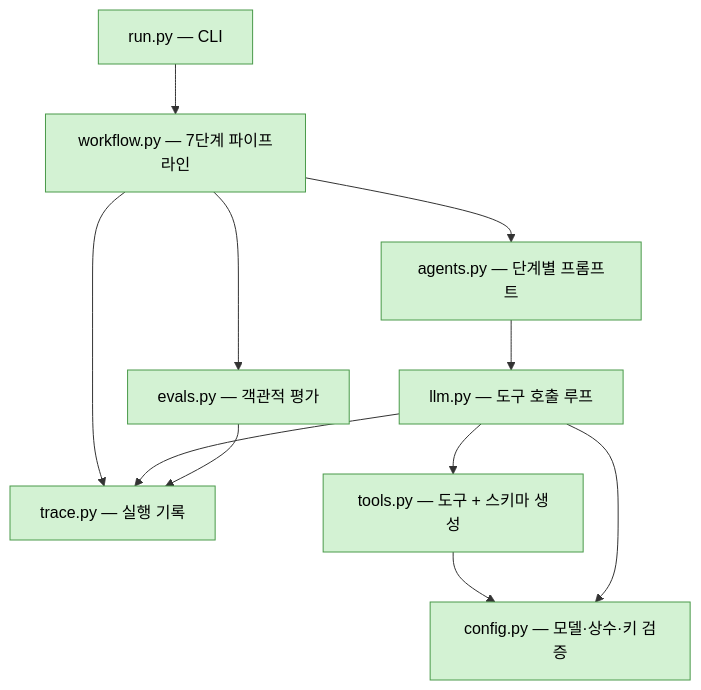
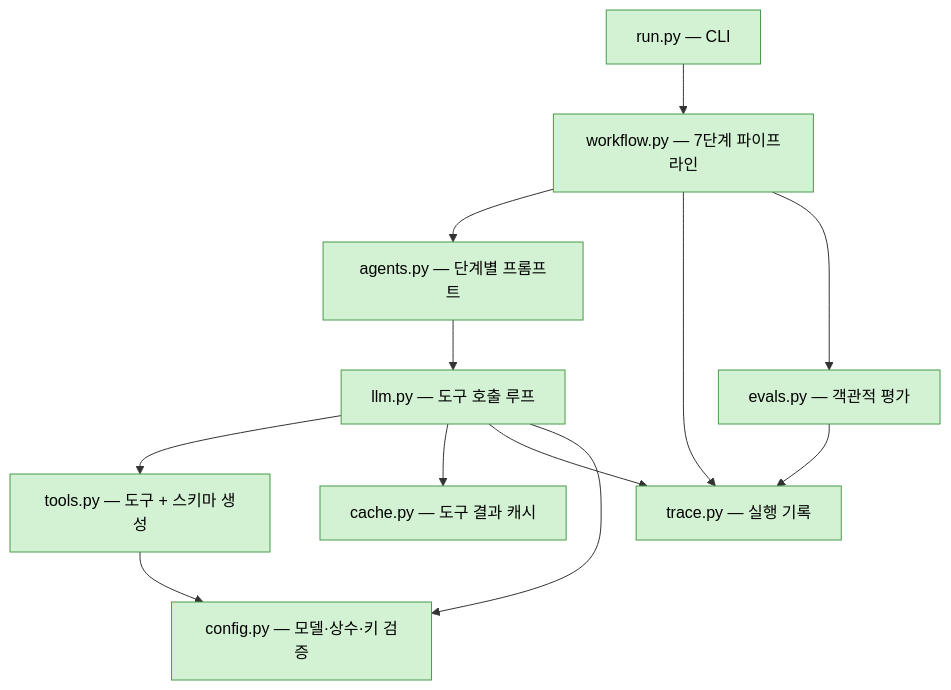
Before and after one commit to JayKim88/agentic-ai-from-scratch: the fourth of 5 diagrams in projects/research-agent/README.md, drawn with Mermaid. The commit also changed other lines of this file and 2 other files, not shown here.

````diff
--- a/projects/research-agent/README.md
+++ b/projects/research-agent/README.md
@@ -156,25 +159,27 @@
 ```mermaid
 flowchart TD
     RUN["run.py — CLI"]:::done
     WF["workflow.py — 7단계 파이프라인"]:::done
     AG["agents.py — 단계별 프롬프트"]:::done
     EV["evals.py — 객관적 평가"]:::done
 
     LLM["llm.py — 도구 호출 루프"]:::done
+    CA["cache.py — 도구 결과 캐시"]:::done
     TR["trace.py — 실행 기록"]:::done
     TL["tools.py — 도구 + 스키마 생성"]:::done
     CF["config.py — 모델·상수·키 검증"]:::done
 
     RUN --> WF
     WF --> AG
     WF --> TR
     WF --> EV
     AG --> LLM
     LLM --> TL
+    LLM --> CA
     LLM --> TR
     EV --> TR
     TL --> CF
     LLM --> CF
 
     classDef done fill:#d3f2d3,stroke:#4a9a4a,color:#000
 ```
````
